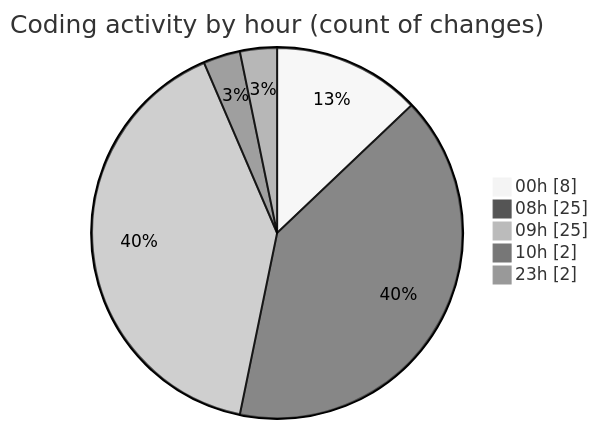
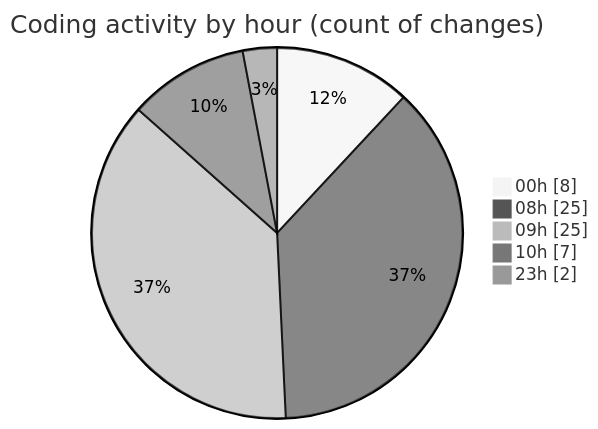
One commit to EIIisD/code-tracking changed the second of 2 diagrams in 2025-08-13/ribbon/README.md. Above: the diagram before and after it, drawn with Mermaid (neutral theme). The commit also changed other lines of this file and 1 other file, not shown here.

````diff
--- a/2025-08-13/ribbon/README.md
+++ b/2025-08-13/ribbon/README.md
@@ -38,9 +38,9 @@
 ```mermaid
 pie showData
 title Coding activity by hour (count of changes)
 "00h" : 8
 "08h" : 25
 "09h" : 25
-"10h" : 2
+"10h" : 7
 "23h" : 2
 ```
````
